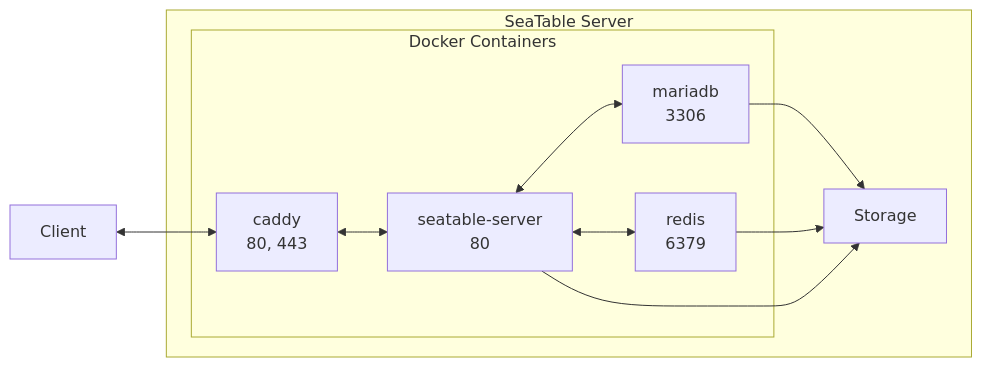
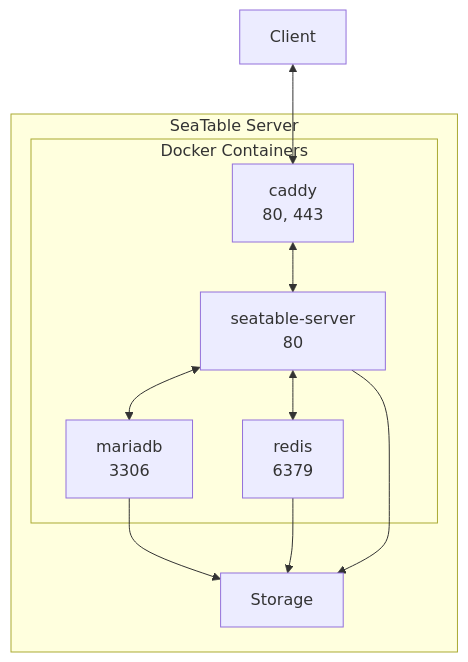
One commit to seatable/seatable-admin-docs changed the first of 2 diagrams in docs/introduction/architecture.md. Above: the diagram before and after it, drawn with Mermaid.

Commit message:
Update architecture.md
Modified overview diagram (LR -> TB)

````diff
--- a/docs/introduction/architecture.md
+++ b/docs/introduction/architecture.md
@@ -11,19 +11,19 @@
 ```mermaid
-flowchart LR
+flowchart TB
     Client<-->A
     subgraph s[SeaTable Server]
         subgraph d[Docker Containers]
             A[caddy<br/>80, 443]
             B[seatable-server<br/>80]
             C[mariadb<br/>3306]
             D[redis<br/>6379]
             A<-->B
             B<-->C
             B<-->D
         end
         F[Storage]
         C --> F
         D --> F
         B --> F
     end
 ```
````
